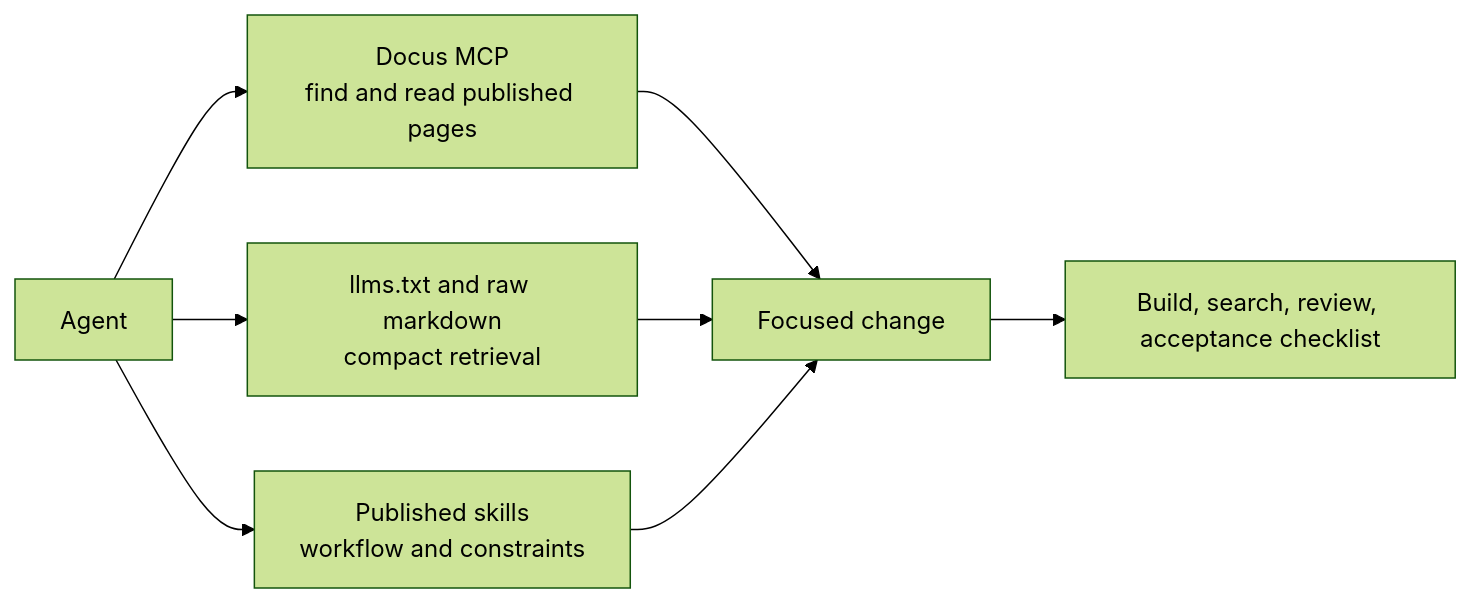
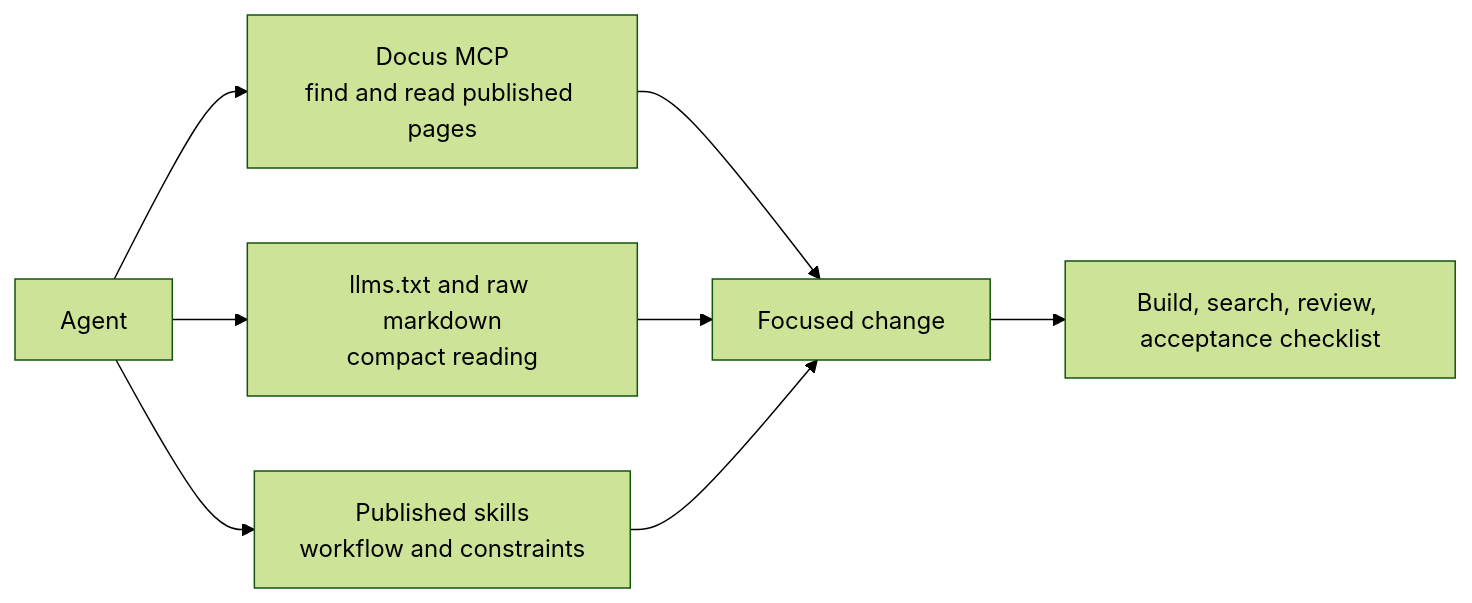
The diagram in content/en/6.ai/4.agent-workflow.md (happydesigns/docs), drawn with Mermaid (forest theme) before and after one commit. The commit also changed other lines of this file and 35 other files, not shown here.

````diff
--- a/content/en/6.ai/4.agent-workflow.md
+++ b/content/en/6.ai/4.agent-workflow.md
@@ -17,10 +17,10 @@
 ```mermaid
 flowchart LR
   Agent["Agent"] --> MCP["Docus MCP<br/>find and read published pages"]
-  Agent --> LLM["llms.txt and raw markdown<br/>compact retrieval"]
+  Agent --> LLM["llms.txt and raw markdown<br/>compact reading"]
   Agent --> Skills["Published skills<br/>workflow and constraints"]
   MCP --> Change["Focused change"]
   LLM --> Change
   Skills --> Change
   Change --> Checks["Build, search, review, acceptance checklist"]
 ```
````
